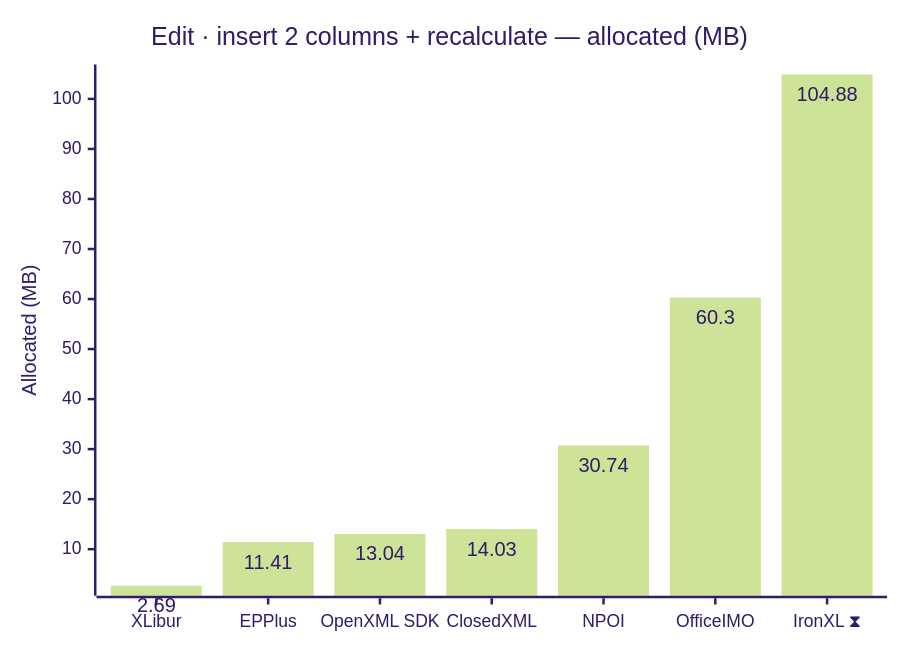
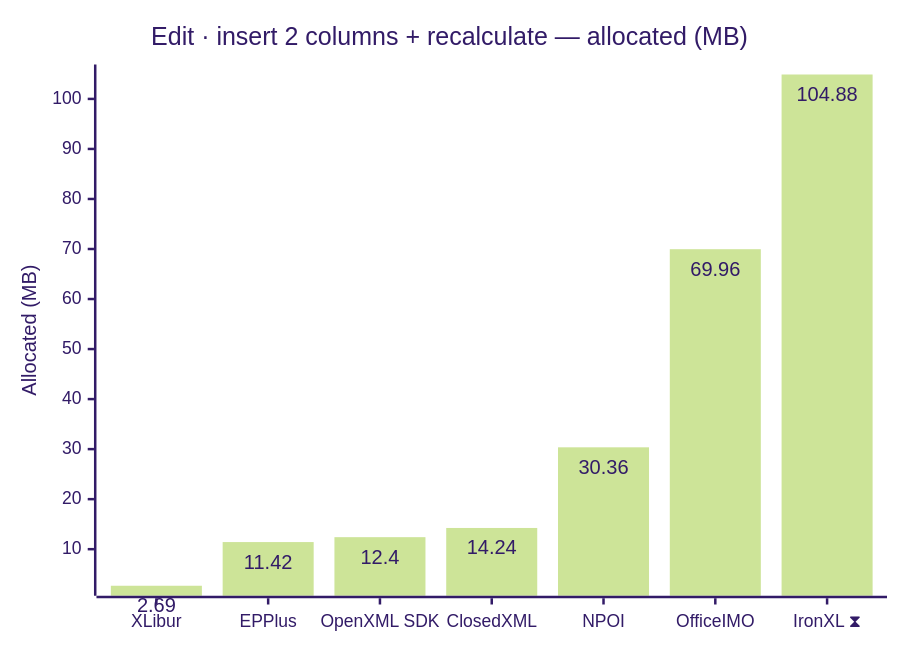
Diagram 14 of 18 in docs/results-ci.md (jafin/XLBench), drawn with Mermaid (forest theme) before and after one commit. The commit also changed other lines of this file, not shown here.

````diff
--- a/docs/results-ci.md
+++ b/docs/results-ci.md
@@ -212,12 +212,12 @@
 ```mermaid
 ---
 config:
   xyChart:
     showDataLabel: true
 ---
 xychart-beta
     title "Edit · insert 2 columns + recalculate — allocated (MB)"
     x-axis ["XLibur", "EPPlus", "OpenXML SDK", "ClosedXML", "NPOI", "OfficeIMO", "IronXL ⧗"]
     y-axis "Allocated (MB)"
-    bar [2.69, 11.41, 13.04, 14.03, 30.74, 60.3, 104.88]
+    bar [2.69, 11.42, 12.4, 14.24, 30.36, 69.96, 104.88]
 ```
````
